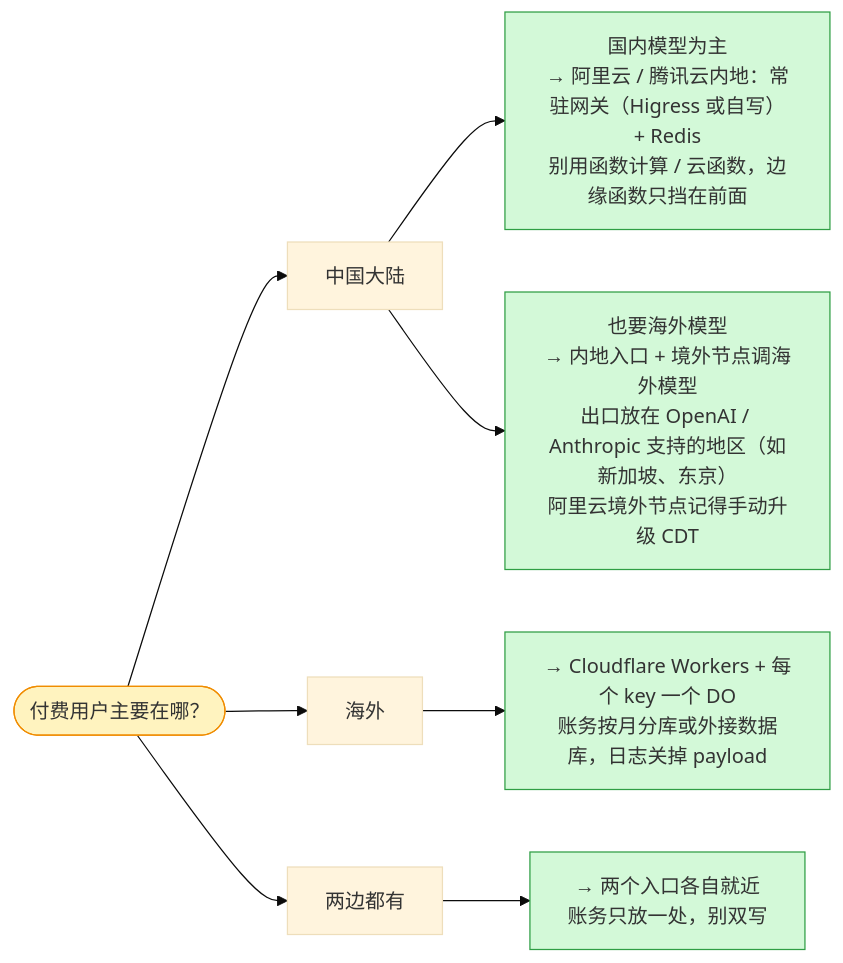
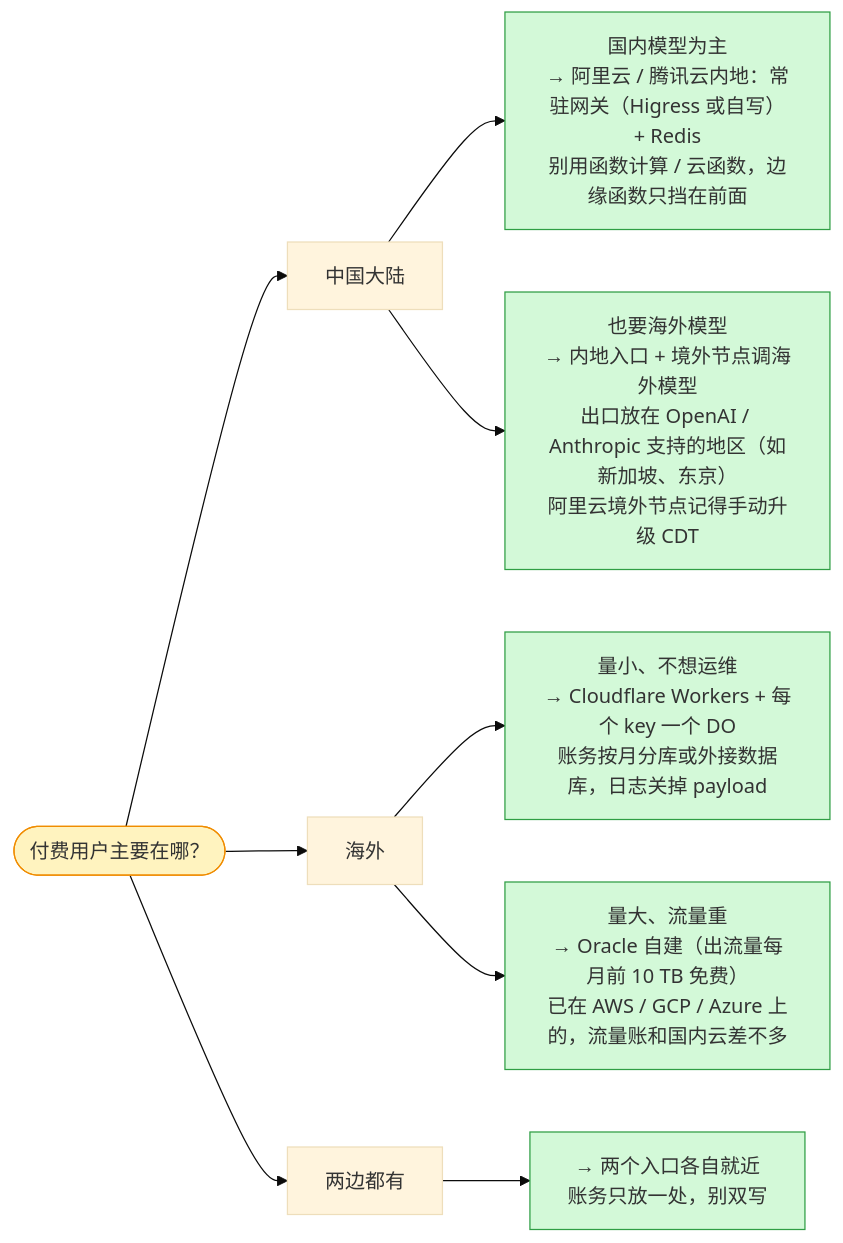
One commit to YouToco/zhuoqidev.com changed the second of 2 diagrams in src/content/posts/model-gateway-cloudflare-vs-china-cloud/zh.md. Above: the diagram before and after it, drawn with Mermaid (base theme). The commit also changed other lines of this file and 7 other files, not shown here.

First line of the commit message:
LLM gateway post: add AWS, Google Cloud, Azure and Oracle

````diff
--- a/src/content/posts/model-gateway-cloudflare-vs-china-cloud/zh.md
+++ b/src/content/posts/model-gateway-cloudflare-vs-china-cloud/zh.md
@@ -374,13 +470,14 @@
 ```mermaid
 flowchart LR
     %% layout: tree
     Q(["付费用户主要在哪？"])
     Q --> CN["中国大陆"] --> CN1["国内模型为主<br>→ 阿里云 / 腾讯云内地：常驻网关（Higress 或自写）+ Redis<br>别用函数计算 / 云函数，边缘函数只挡在前面"]
     CN --> CN2["也要海外模型<br>→ 内地入口 + 境外节点调海外模型<br>出口放在 OpenAI / Anthropic 支持的地区（如新加坡、东京）<br>阿里云境外节点记得手动升级 CDT"]
-    Q --> OS["海外"] --> OS1["→ Cloudflare Workers + 每个 key 一个 DO<br>账务按月分库或外接数据库，日志关掉 payload"]
+    Q --> OS["海外"] --> OS1["量小、不想运维<br>→ Cloudflare Workers + 每个 key 一个 DO<br>账务按月分库或外接数据库，日志关掉 payload"]
+    OS --> OS2["量大、流量重<br>→ Oracle 自建（出流量每月前 10 TB 免费）<br>已在 AWS / GCP / Azure 上的，流量账和国内云差不多"]
     Q --> BOTH["两边都有"] --> BOTH1["→ 两个入口各自就近<br>账务只放一处，别双写"]
     classDef q fill:#fff3bf,stroke:#f08c00
     classDef pick fill:#d3f9d8,stroke:#2f9e44
     class Q q
-    class CN1,CN2,OS1,BOTH1 pick
+    class CN1,CN2,OS1,OS2,BOTH1 pick
 ```
````
